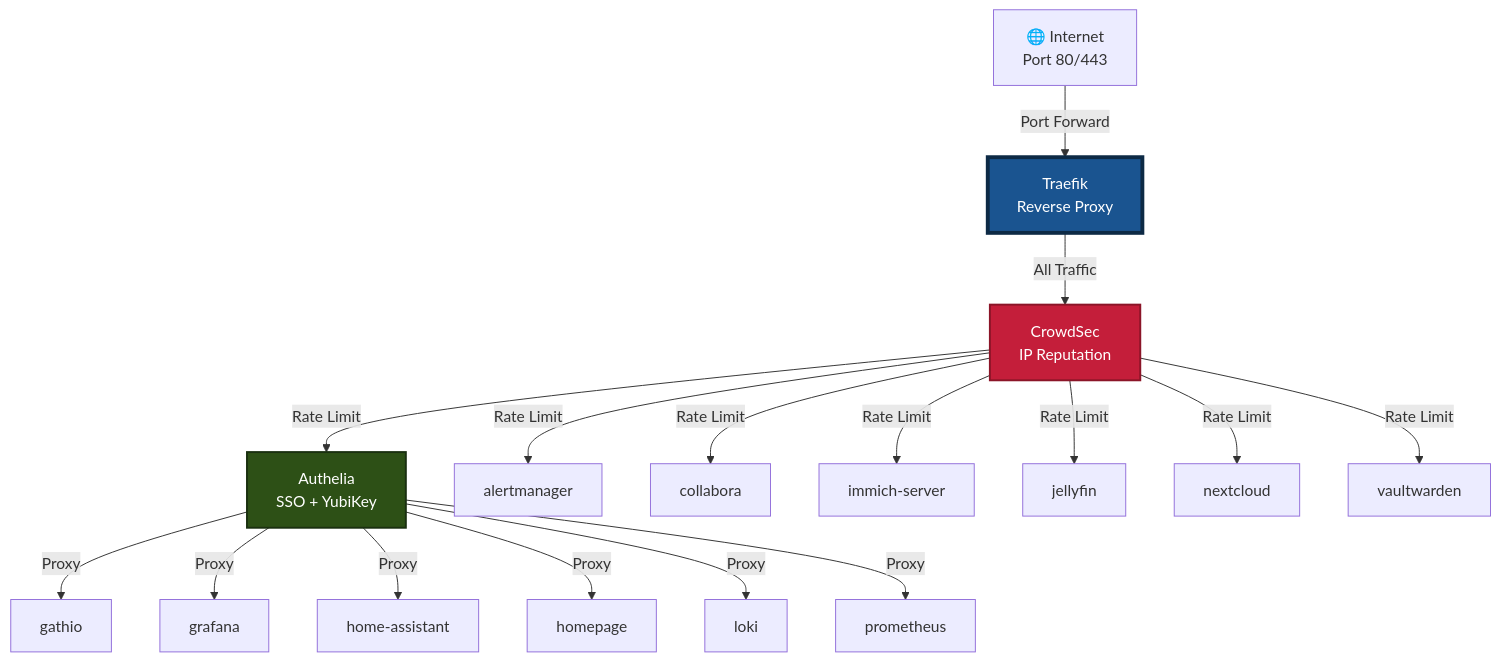
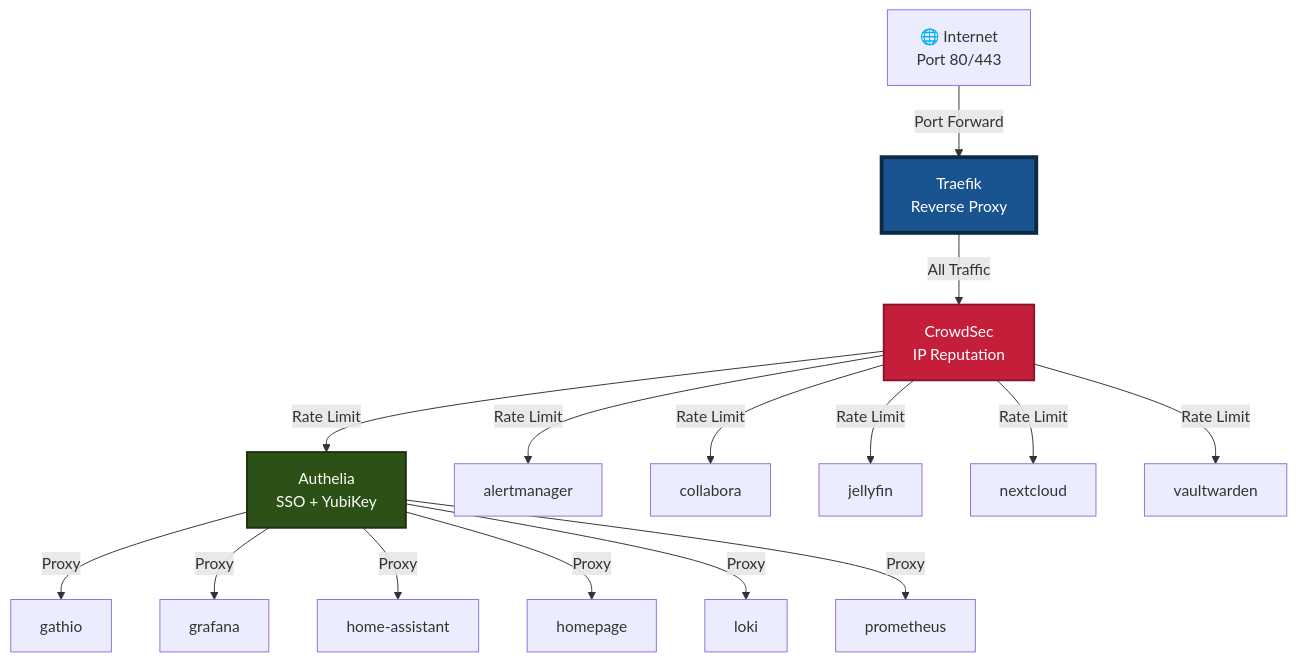
One commit to vonrobak/fedora-homelab-containers changed the first of 3 diagrams in docs/AUTO-NETWORK-TOPOLOGY.md. Above: the diagram before and after it, drawn with Mermaid. The commit also changed other lines of this file and 13 other files, not shown here.

````diff
--- a/docs/AUTO-NETWORK-TOPOLOGY.md
+++ b/docs/AUTO-NETWORK-TOPOLOGY.md
@@ -14,30 +14,29 @@
 ```mermaid
 graph TB
     Internet[🌐 Internet<br/>Port 80/443]
     Internet -->|Port Forward| Traefik[Traefik<br/>Reverse Proxy]
 
     %% All traffic goes through CrowdSec first
     Traefik -->|All Traffic| CrowdSec[CrowdSec<br/>IP Reputation]
 
     %% Services requiring Authelia SSO
     CrowdSec -->|Rate Limit| Authelia[Authelia<br/>SSO + YubiKey]
     Authelia -->|Proxy| gathio[gathio]
     Authelia -->|Proxy| grafana[grafana]
     Authelia -->|Proxy| home_assistant[home-assistant]
     Authelia -->|Proxy| homepage[homepage]
     Authelia -->|Proxy| loki[loki]
     Authelia -->|Proxy| prometheus[prometheus]
 
     %% Services with native authentication (bypass Authelia)
     CrowdSec -->|Rate Limit| alertmanager[alertmanager]
     CrowdSec -->|Rate Limit| collabora[collabora]
-    CrowdSec -->|Rate Limit| immich_server[immich-server]
     CrowdSec -->|Rate Limit| jellyfin[jellyfin]
     CrowdSec -->|Rate Limit| nextcloud[nextcloud]
     CrowdSec -->|Rate Limit| vaultwarden[vaultwarden]
 
     %% Styling
     style Traefik fill:#1a5490,stroke:#0d2a45,stroke-width:4px,color:#fff
     style CrowdSec fill:#c41e3a,stroke:#8b1528,stroke-width:2px,color:#fff
     style Authelia fill:#2d5016,stroke:#1a3010,stroke-width:2px,color:#fff
 ```
````
